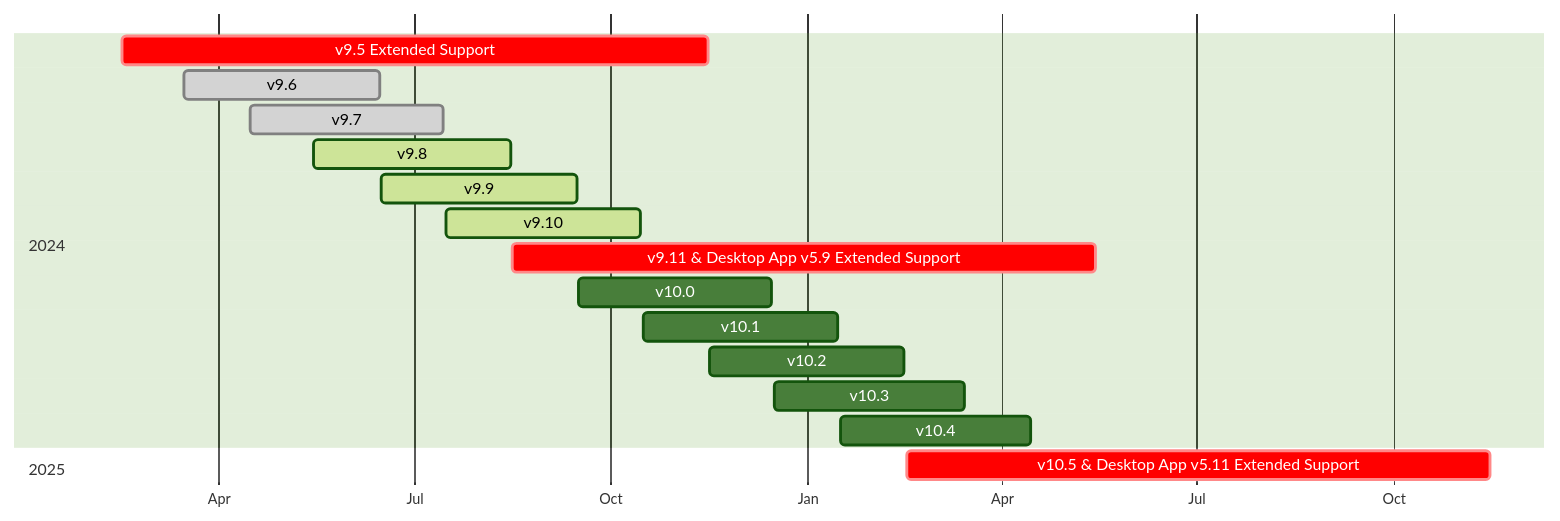
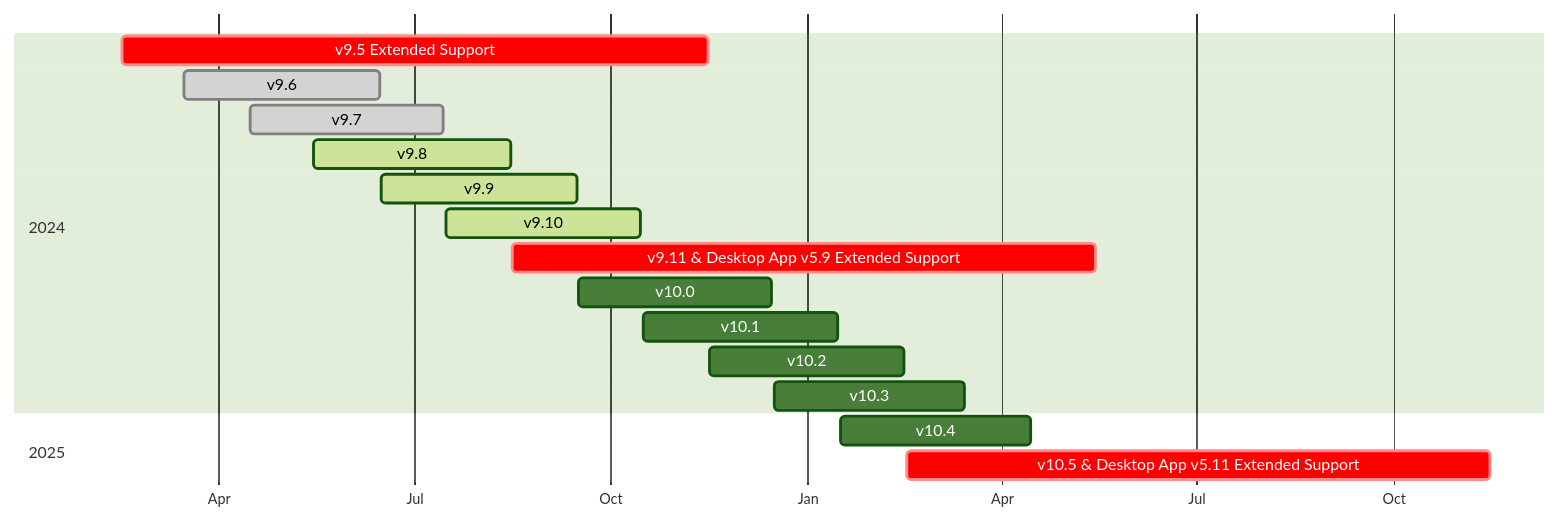
The diagram in source/about/release-policy.md (mattermost/docs), drawn with Mermaid (forest theme) before and after one commit. The commit also changed other lines of this file, not shown here.

````diff
--- a/source/about/release-policy.md
+++ b/source/about/release-policy.md
@@ -48,23 +48,23 @@
 ```{mermaid}
 
 gantt
     dateFormat  YYYY-MM-DD
     axisFormat  %b
     
     section 2024
     v9.5 Extended Support  :crit,    2024-02-16, 2024-11-15
     v9.6                   :done,  2024-03-16, 2024-06-15
     v9.7                   :done,  2024-04-16, 2024-07-15
     v9.8                   :active,  2024-05-15, 2024-08-15
     v9.9                   :active,  2024-06-16, 2024-09-15
     v9.10                  :active,  2024-07-16, 2024-10-15
     v9.11 & Desktop App v5.9 Extended Support :crit,    2024-08-16, 2025-05-15
     v10.0                  :upcoming,    2024-09-16, 2024-12-15
     v10.1                  :upcoming,    2024-10-16, 2025-01-15
     v10.2                  :upcoming,    2024-11-16, 2025-02-15
     v10.3                  :upcoming,    2024-12-16, 2025-03-15
-    v10.4                  :upcoming,    2025-01-16, 2025-04-15
 
     section 2025
+    v10.4                  :upcoming,    2025-01-16, 2025-04-15
     v10.5 & Desktop App v5.11 Extended Support :crit,    2025-02-16, 2025-11-15
 ```
````
